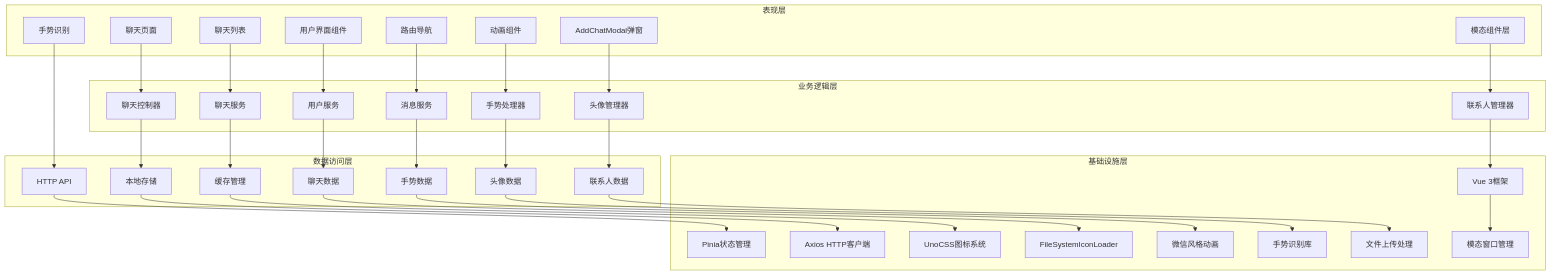
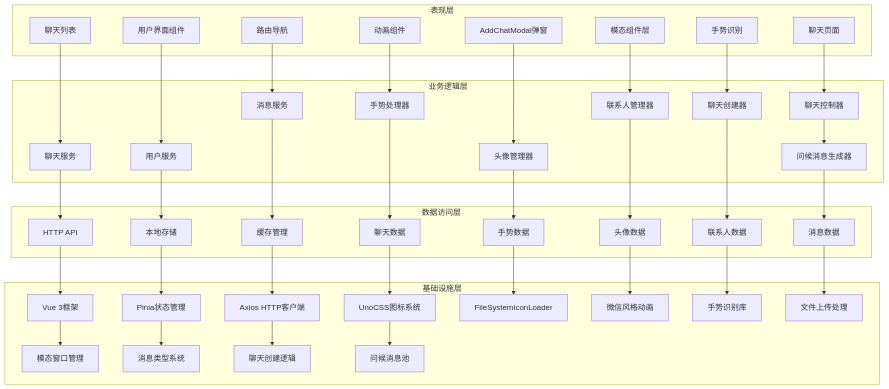
One commit to giserman001/vue3-vant4-mobile changed the second of 22 diagrams in .qoder/repowiki/zh/content/核心系统/聊天系统.md. Above: the diagram before and after it, drawn with Mermaid. The commit also changed other lines of this file and 13 other files, not shown here.

````diff
--- a/.qoder/repowiki/zh/content/核心系统/聊天系统.md
+++ b/.qoder/repowiki/zh/content/核心系统/聊天系统.md
@@ -196,65 +228,77 @@
 ```mermaid
 graph TD
 subgraph "表现层"
 A[聊天页面]
 B[聊天列表]
 C[用户界面组件]
 D[路由导航]
 E[动画组件]
 F[手势识别]
 G[AddChatModal弹窗]
 H[模态组件层]
 end
 subgraph "业务逻辑层"
 I[聊天控制器]
 J[聊天服务]
 K[用户服务]
 L[消息服务]
 M[手势处理器]
 N[头像管理器]
 O[联系人管理器]
+P[聊天创建器]
+Q[问候消息生成器]
 end
 subgraph "数据访问层"
-P[HTTP API]
-Q[本地存储]
-R[缓存管理]
-S[聊天数据]
-T[手势数据]
-U[头像数据]
-V[联系人数据]
+R[HTTP API]
+S[本地存储]
+T[缓存管理]
+U[聊天数据]
+V[手势数据]
+W[头像数据]
+X[联系人数据]
+Y[消息数据]
 end
 subgraph "基础设施层"
-W[Vue 3框架]
-X[Pinia状态管理]
-Y[Axios HTTP客户端]
-Z[UnoCSS图标系统]
-AA[FileSystemIconLoader]
-BB[微信风格动画]
-CC[手势识别库]
-DD[文件上传处理]
-EE[模态窗口管理]
+Z[Vue 3框架]
+AA[Pinia状态管理]
+BB[Axios HTTP客户端]
+CC[UnoCSS图标系统]
+DD[FileSystemIconLoader]
+EE[微信风格动画]
+FF[手势识别库]
+GG[文件上传处理]
+HH[模态窗口管理]
+II[消息类型系统]
+JJ[聊天创建逻辑]
+KK[问候消息池]
 end
 A --> I
 B --> J
 C --> K
 D --> L
 E --> M
 F --> P
 G --> N
 H --> O
 I --> Q
 J --> R
 K --> S
 L --> T
 M --> U
 N --> V
 O --> W
 P --> X
 Q --> Y
 R --> Z
 S --> AA
 T --> BB
 U --> CC
 V --> DD
 W --> EE
+X --> FF
+Y --> GG
+Z --> HH
+AA --> II
+BB --> JJ
+CC --> KK
 ```
````
